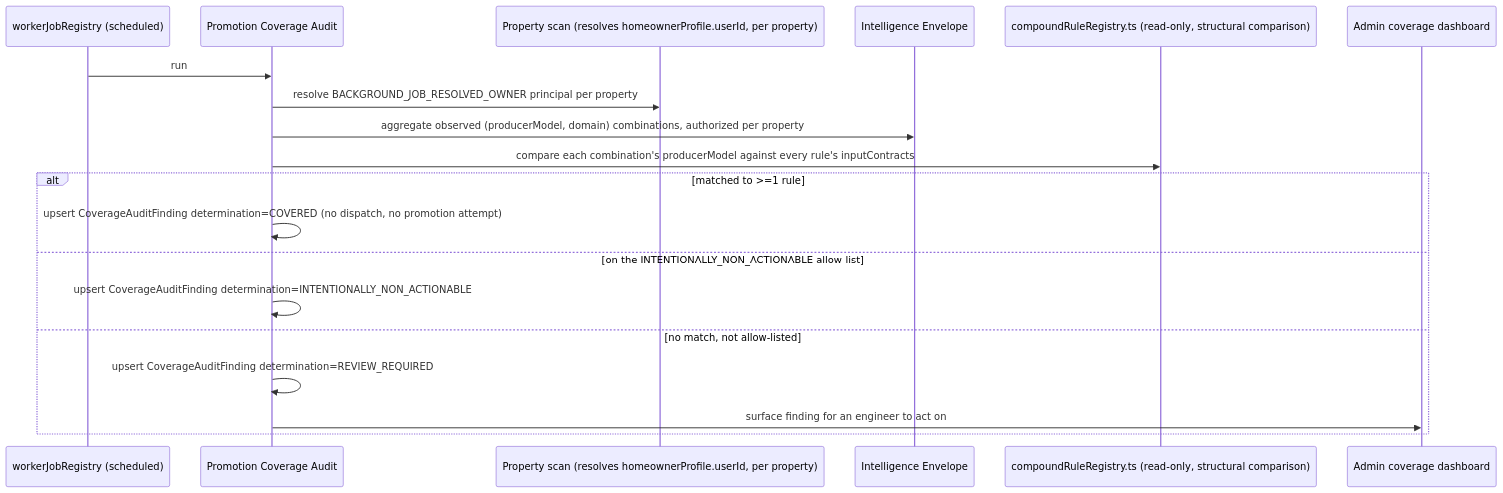
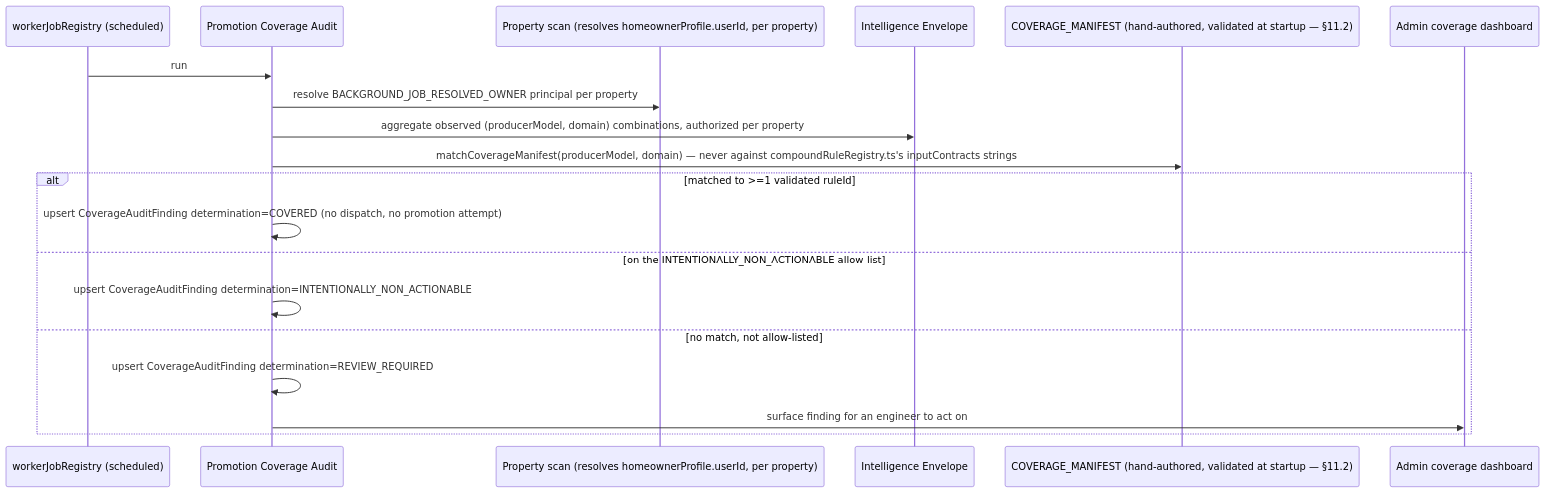
The fifth of 9 diagrams in docs/architecture/C2C_INTELLIGENCE_AGENTIC_EVOLUTION_ARCHITECTURE.md (madhuboyin/contract-to-cozy1), drawn with Mermaid before and after one commit. The commit also changed other lines of this file, not shown here.

First line of the commit message:
Harden coverage manifest against drift, scope its granularity honestly, and separate appliance profiles from decision definitions

````diff
--- a/docs/architecture/C2C_INTELLIGENCE_AGENTIC_EVOLUTION_ARCHITECTURE.md
+++ b/docs/architecture/C2C_INTELLIGENCE_AGENTIC_EVOLUTION_ARCHITECTURE.md
@@ -799,22 +843,22 @@
 ```mermaid
 sequenceDiagram
   participant Cron as workerJobRegistry (scheduled)
   participant Cov as Promotion Coverage Audit
   participant Prop as Property scan (resolves homeownerProfile.userId, per property)
   participant Env as Intelligence Envelope
-  participant Rules as compoundRuleRegistry.ts (read-only, structural comparison)
+  participant Manifest as COVERAGE_MANIFEST (hand-authored, validated at startup — §11.2)
   participant Dash as Admin coverage dashboard
 
   Cron->>Cov: run
   Cov->>Prop: resolve BACKGROUND_JOB_RESOLVED_OWNER principal per property
   Cov->>Env: aggregate observed (producerModel, domain) combinations, authorized per property
-  Cov->>Rules: compare each combination's producerModel against every rule's inputContracts
-  alt matched to >=1 rule
+  Cov->>Manifest: matchCoverageManifest(producerModel, domain) — never against compoundRuleRegistry.ts's inputContracts strings
+  alt matched to >=1 validated ruleId
     Cov->>Cov: upsert CoverageAuditFinding determination=COVERED (no dispatch, no promotion attempt)
   else on the INTENTIONALLY_NON_ACTIONABLE allow-list
     Cov->>Cov: upsert CoverageAuditFinding determination=INTENTIONALLY_NON_ACTIONABLE
   else no match, not allow-listed
     Cov->>Cov: upsert CoverageAuditFinding determination=REVIEW_REQUIRED
     Cov->>Dash: surface finding for an engineer to act on
   end
 ```
````
